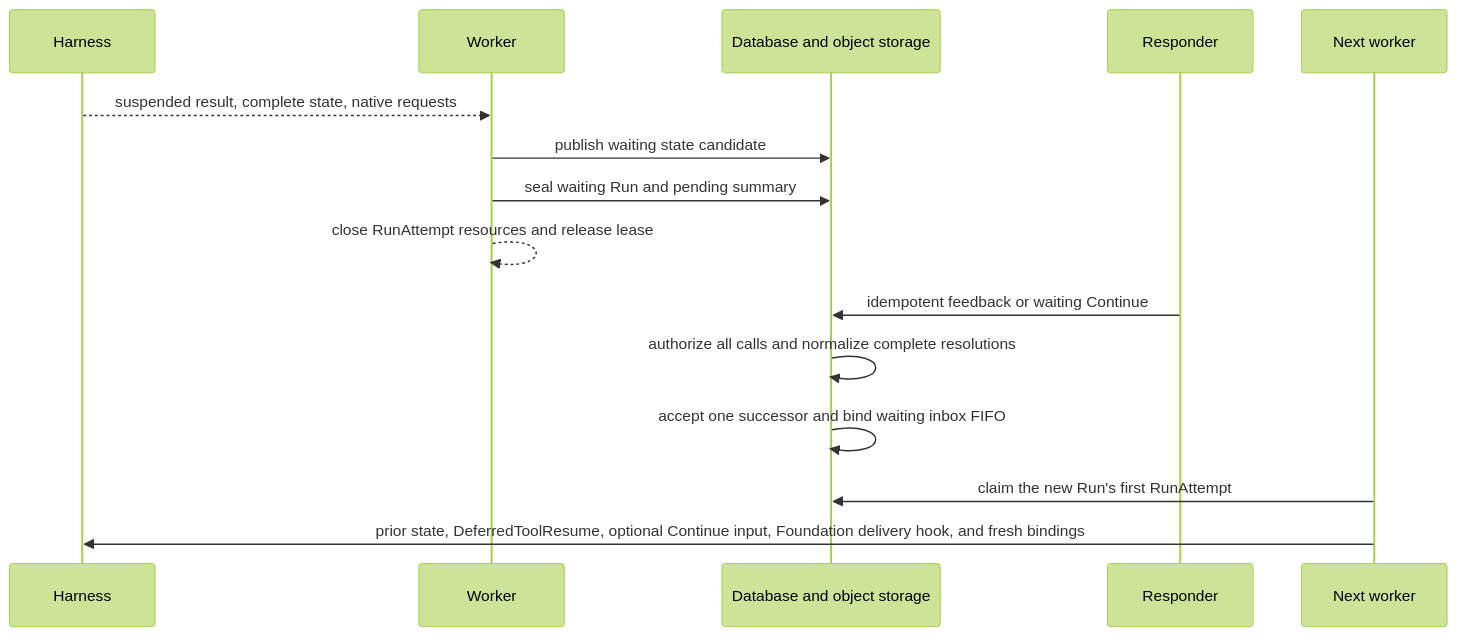
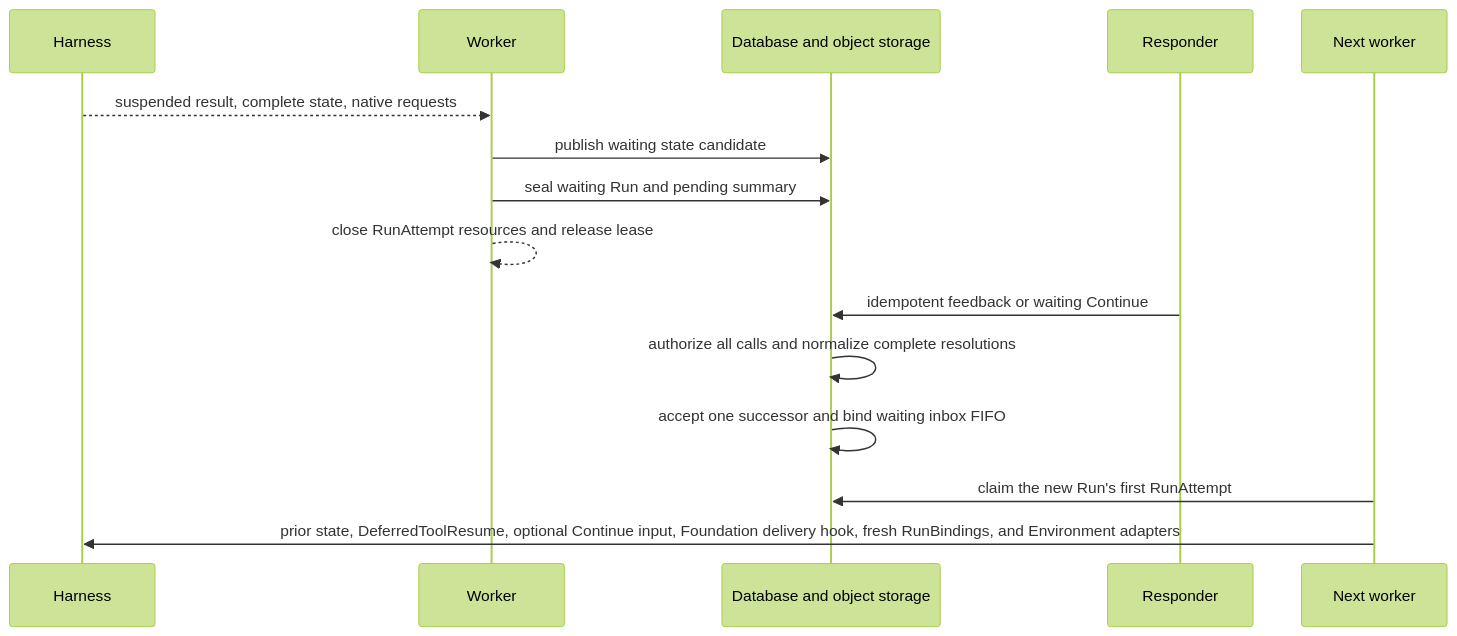
One commit to LTThreeComma/agent-foundation changed the second of 2 diagrams in spec/foundation-service/34-agent-control-input-and-continuation.md. Above: the diagram before and after it, drawn with Mermaid (forest theme). The commit also changed other lines of this file and 188 other files, not shown here.

First line of the commit message:
feat(harness): rework environment and host ownership (#82)

````diff
--- a/spec/foundation-service/34-agent-control-input-and-continuation.md
+++ b/spec/foundation-service/34-agent-control-input-and-continuation.md
@@ -340,18 +340,18 @@
 ```mermaid
 sequenceDiagram
     participant Harness
     participant Worker
     participant Durable as Database and object storage
     participant Responder
     participant NextWorker as Next worker
 
     Harness-->>Worker: suspended result, complete state, native requests
     Worker->>Durable: publish waiting state candidate
     Worker->>Durable: seal waiting Run and pending summary
     Worker-->>Worker: close RunAttempt resources and release lease
     Responder->>Durable: idempotent feedback or waiting Continue
     Durable->>Durable: authorize all calls and normalize complete resolutions
     Durable->>Durable: accept one successor and bind waiting inbox FIFO
     NextWorker->>Durable: claim the new Run's first RunAttempt
-    NextWorker->>Harness: prior state, DeferredToolResume, optional Continue input, Foundation delivery hook, and fresh bindings
+    NextWorker->>Harness: prior state, DeferredToolResume, optional Continue input, Foundation delivery hook, fresh RunBindings, and Environment adapters
 ```
````
